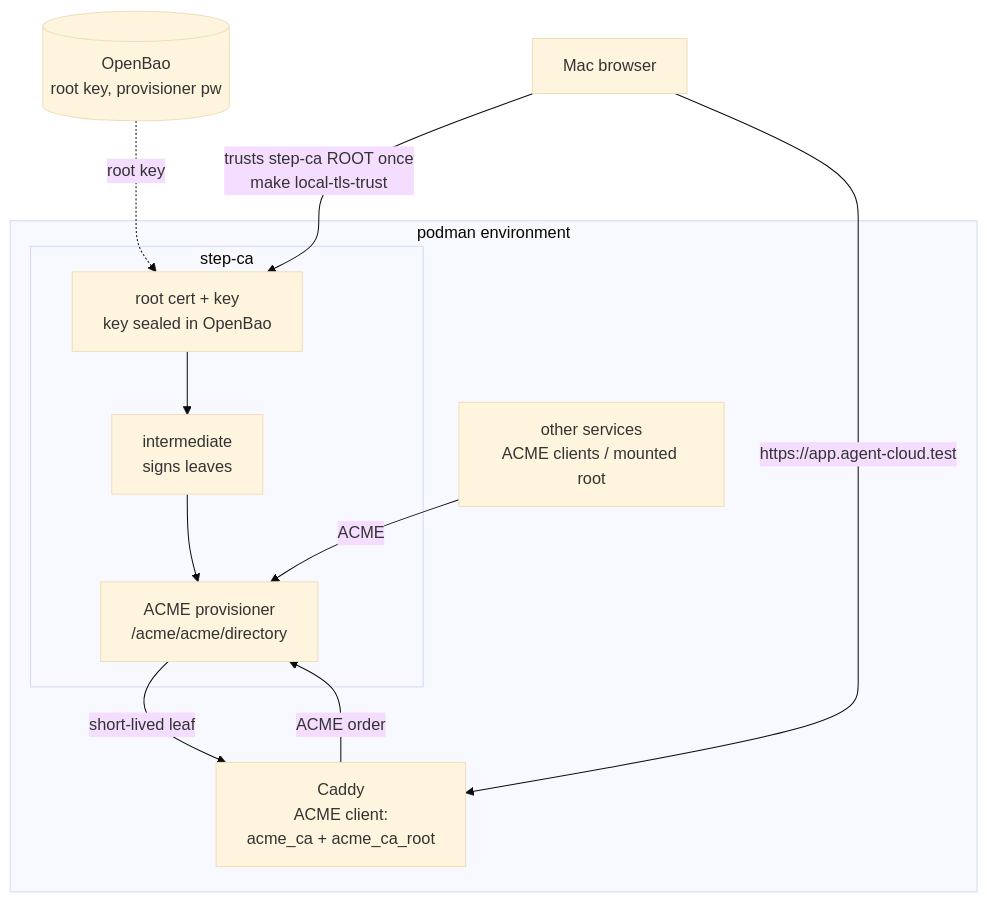
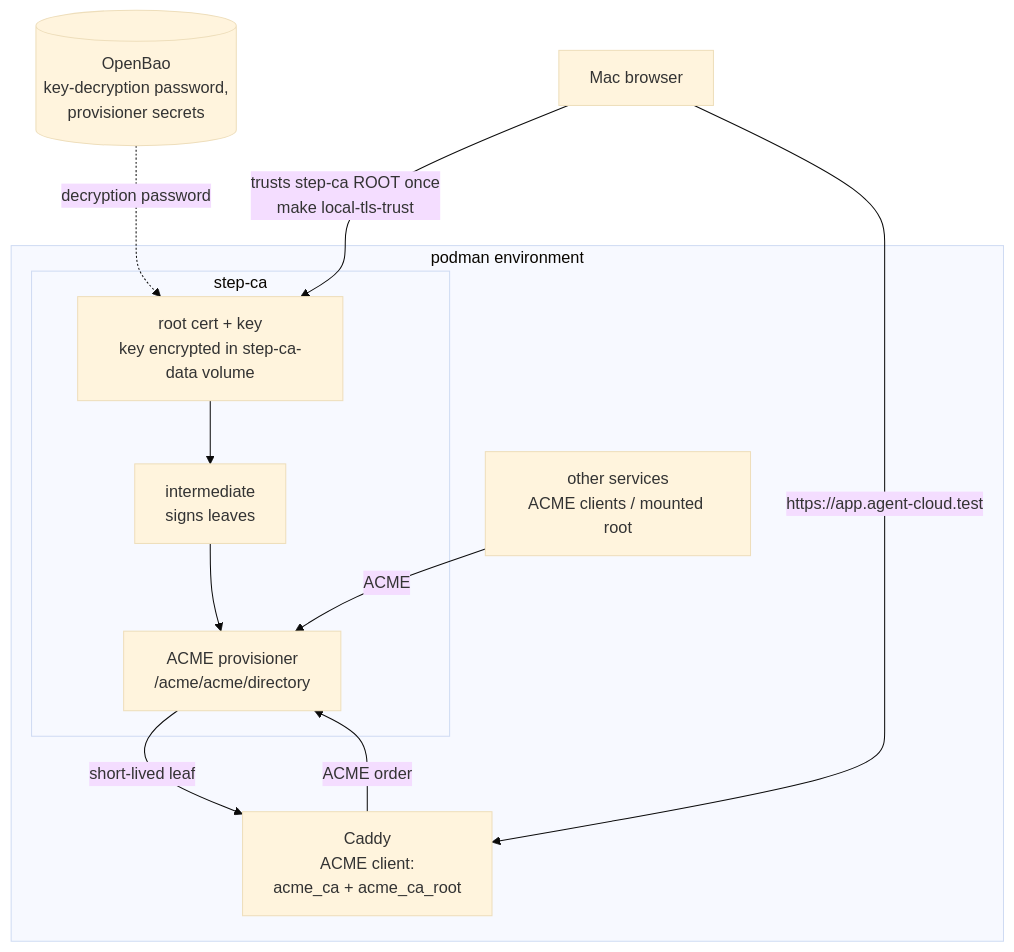
The second of 2 diagrams in plan/development/INTERNAL-CA-DEPLOYMENT.md (uhstray-io/agent-cloud), drawn with Mermaid (base theme) before and after one commit. The commit also changed other lines of this file and 17 other files, not shown here.

````diff
--- a/plan/development/INTERNAL-CA-DEPLOYMENT.md
+++ b/plan/development/INTERNAL-CA-DEPLOYMENT.md
@@ -72,22 +72,22 @@
 ```mermaid
 flowchart TB
   subgraph vm[podman environment]
     subgraph ca[step-ca]
-      ROOT[root cert + key<br/>key sealed in OpenBao]
+      ROOT[root cert + key<br/>key encrypted in step-ca-data volume]
       INT[intermediate<br/>signs leaves]
       ACME[ACME provisioner<br/>/acme/acme/directory]
     end
     CAD[Caddy<br/>ACME client:<br/>acme_ca + acme_ca_root]
     SVC[other services<br/>ACME clients / mounted root]
   end
-  BAO[(OpenBao<br/>root key, provisioner pw)]
+  BAO[(OpenBao<br/>key-decryption password,<br/>provisioner secrets)]
   MAC[Mac browser]
 
-  BAO -. root key .-> ROOT
+  BAO -. decryption password .-> ROOT
   ROOT --> INT --> ACME
   CAD -->|ACME order| ACME
   ACME -->|short-lived leaf| CAD
   SVC -->|ACME| ACME
   MAC -->|trusts step-ca ROOT once<br/>make local-tls-trust| ROOT
   MAC -->|https://app.agent-cloud.test| CAD
 ```
````
